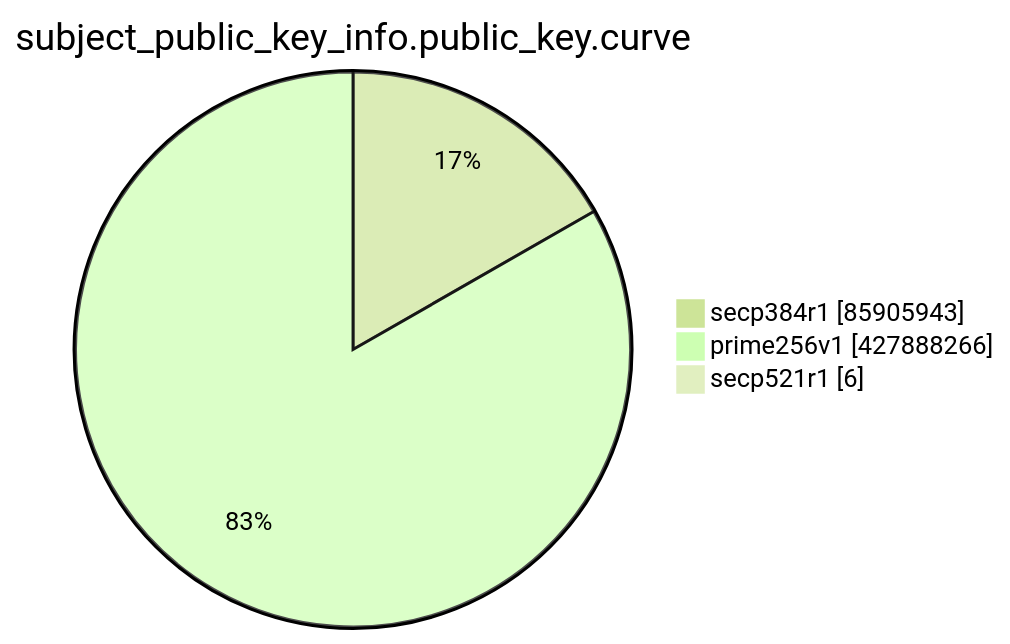
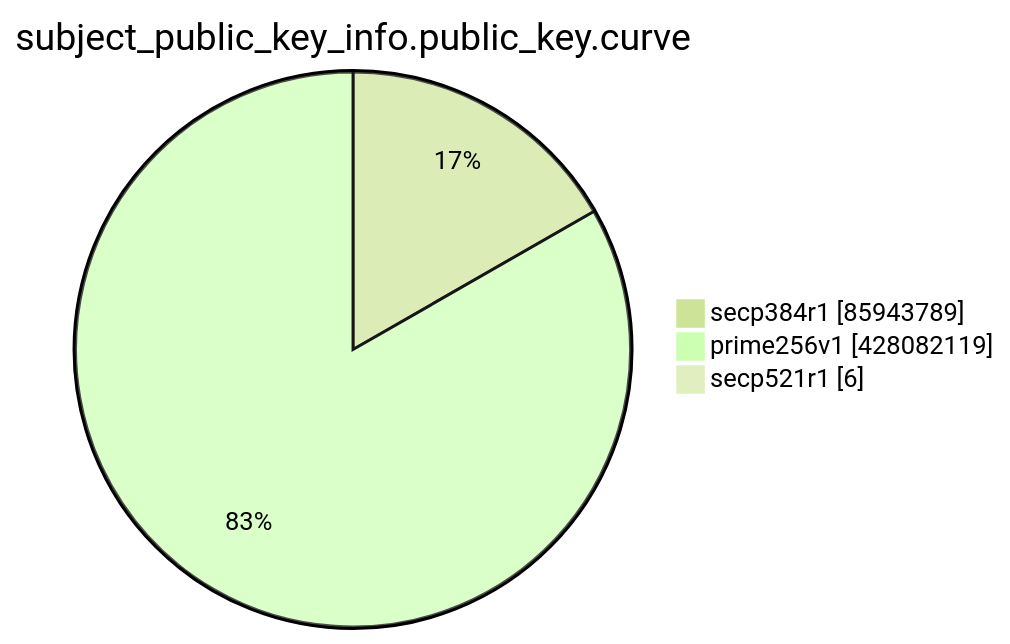
The eighth of 15 diagrams in TOTAL/README.md (christiankrug/ctmonitor_visualization), drawn with Mermaid (forest theme) before and after one commit. The commit also changed other lines of this file, not shown here.

````diff
--- a/TOTAL/README.md
+++ b/TOTAL/README.md
@@ -3100,7 +3100,7 @@
 ```mermaid
 pie showData
 title subject_public_key_info.public_key.curve
-"secp384r1" :85905943
-"prime256v1" :427888266
+"secp384r1" :85943789
+"prime256v1" :428082119
 "secp521r1" :6
 ```
````
